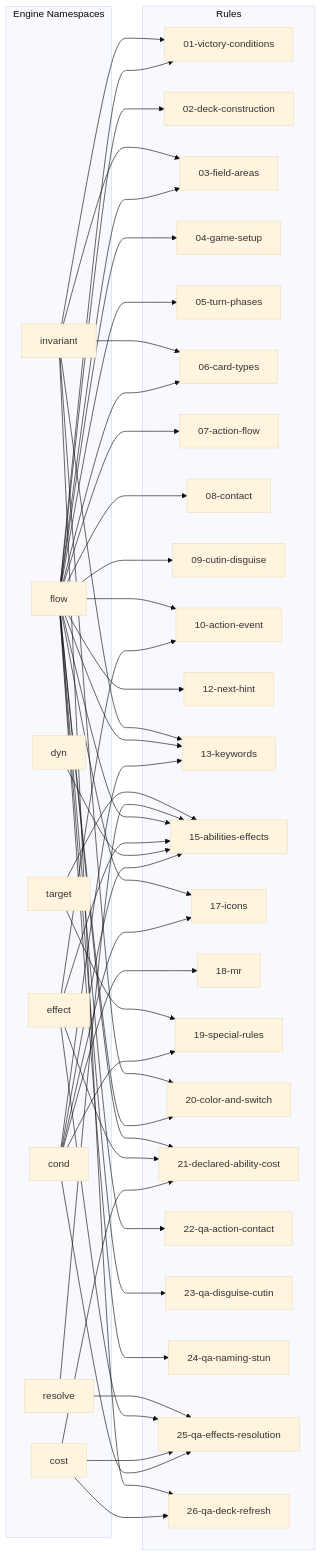
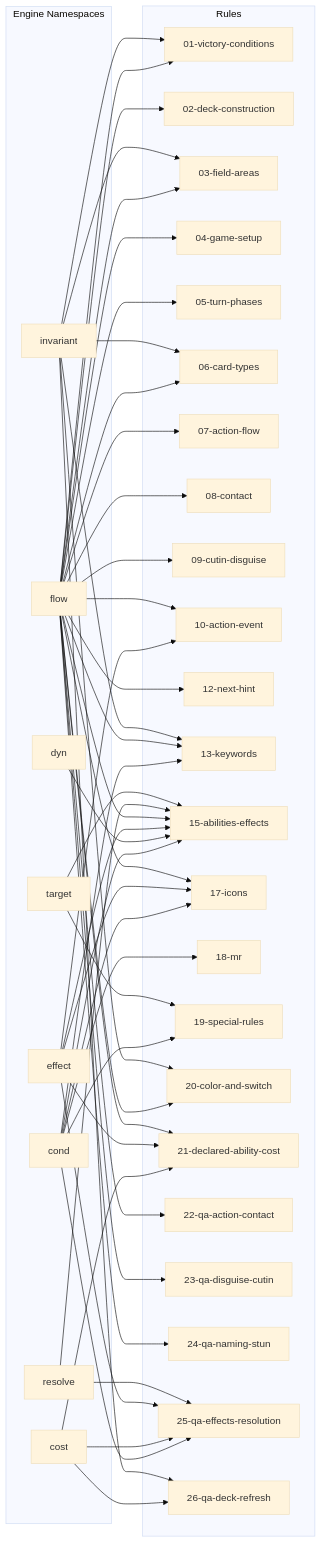
One commit to orihekat78/TCGApp changed the diagram in .claude/auto/mapping/graph-rules-engine-flow.md. Above: the diagram before and after it, drawn with Mermaid (base theme). The commit also changed other lines of this file and 145 other files, not shown here.

````diff
--- a/.claude/auto/mapping/graph-rules-engine-flow.md
+++ b/.claude/auto/mapping/graph-rules-engine-flow.md
@@ -9,81 +9,82 @@
 ```mermaid
 flowchart LR
   subgraph engine["Engine Namespaces"]
     NS_cond["cond"]
     NS_cost["cost"]
     NS_dyn["dyn"]
     NS_effect["effect"]
     NS_flow["flow"]
     NS_invariant["invariant"]
     NS_resolve["resolve"]
     NS_target["target"]
   end
   subgraph rules["Rules"]
     R_01_victory_conditions_md["01-victory-conditions"]
     R_02_deck_construction_md["02-deck-construction"]
     R_03_field_areas_md["03-field-areas"]
     R_04_game_setup_md["04-game-setup"]
     R_05_turn_phases_md["05-turn-phases"]
     R_06_card_types_md["06-card-types"]
     R_07_action_flow_md["07-action-flow"]
     R_08_contact_md["08-contact"]
     R_09_cutin_disguise_md["09-cutin-disguise"]
     R_10_action_event_md["10-action-event"]
     R_12_next_hint_md["12-next-hint"]
     R_13_keywords_md["13-keywords"]
     R_15_abilities_effects_md["15-abilities-effects"]
     R_17_icons_md["17-icons"]
     R_18_mr_md["18-mr"]
     R_19_special_rules_md["19-special-rules"]
     R_20_color_and_switch_md["20-color-and-switch"]
     R_21_declared_ability_cost_md["21-declared-ability-cost"]
     R_22_qa_action_contact_md["22-qa-action-contact"]
     R_23_qa_disguise_cutin_md["23-qa-disguise-cutin"]
     R_24_qa_naming_stun_md["24-qa-naming-stun"]
     R_25_qa_effects_resolution_md["25-qa-effects-resolution"]
     R_26_qa_deck_refresh_md["26-qa-deck-refresh"]
   end
   NS_cond --> R_13_keywords_md
   NS_cond --> R_15_abilities_effects_md
   NS_cond --> R_17_icons_md
   NS_cond --> R_18_mr_md
   NS_cond --> R_19_special_rules_md
   NS_cond --> R_25_qa_effects_resolution_md
   NS_cost --> R_21_declared_ability_cost_md
   NS_cost --> R_25_qa_effects_resolution_md
   NS_cost --> R_26_qa_deck_refresh_md
   NS_dyn --> R_15_abilities_effects_md
   NS_effect --> R_10_action_event_md
   NS_effect --> R_15_abilities_effects_md
+  NS_effect --> R_17_icons_md
   NS_effect --> R_21_declared_ability_cost_md
   NS_effect --> R_25_qa_effects_resolution_md
   NS_flow --> R_01_victory_conditions_md
   NS_flow --> R_02_deck_construction_md
   NS_flow --> R_03_field_areas_md
   NS_flow --> R_04_game_setup_md
   NS_flow --> R_05_turn_phases_md
   NS_flow --> R_06_card_types_md
   NS_flow --> R_07_action_flow_md
   NS_flow --> R_08_contact_md
   NS_flow --> R_09_cutin_disguise_md
   NS_flow --> R_10_action_event_md
   NS_flow --> R_12_next_hint_md
   NS_flow --> R_13_keywords_md
   NS_flow --> R_15_abilities_effects_md
   NS_flow --> R_17_icons_md
   NS_flow --> R_20_color_and_switch_md
   NS_flow --> R_21_declared_ability_cost_md
   NS_flow --> R_22_qa_action_contact_md
   NS_flow --> R_23_qa_disguise_cutin_md
   NS_flow --> R_24_qa_naming_stun_md
   NS_invariant --> R_01_victory_conditions_md
   NS_invariant --> R_03_field_areas_md
   NS_invariant --> R_06_card_types_md
   NS_invariant --> R_13_keywords_md
   NS_invariant --> R_20_color_and_switch_md
   NS_invariant --> R_26_qa_deck_refresh_md
   NS_resolve --> R_15_abilities_effects_md
   NS_resolve --> R_25_qa_effects_resolution_md
   NS_target --> R_15_abilities_effects_md
   NS_target --> R_19_special_rules_md
 ```
````
